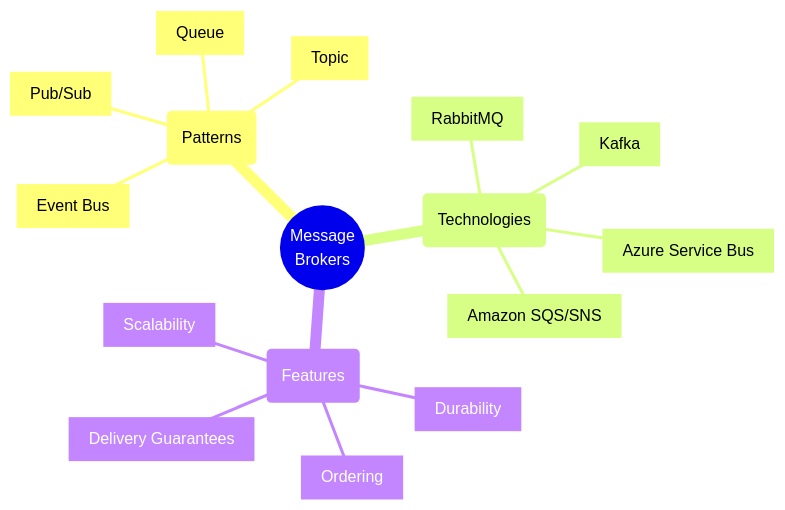
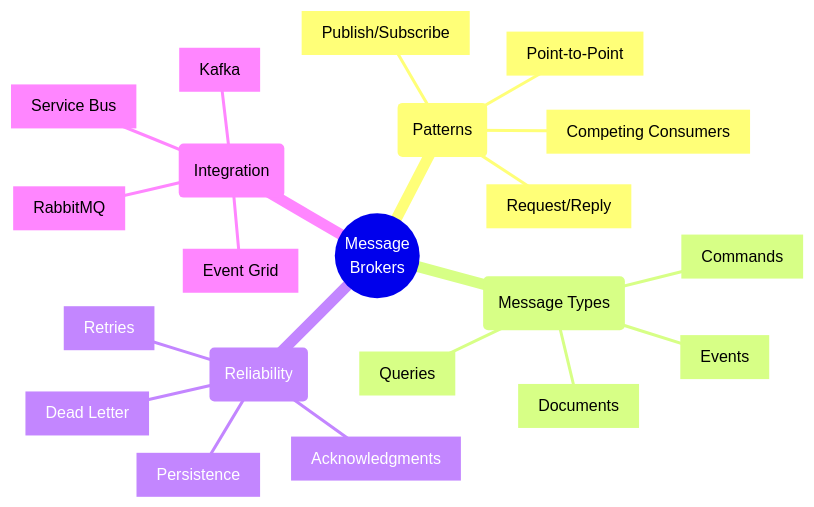
One commit to saravanakumarrc/Architecture_Journey changed the first of 4 diagrams in src/Message_Broker_Architectures.md. Above: the diagram before and after it, drawn with Mermaid. The commit also changed other lines of this file and 2 other files, not shown here.

Commit message:
Refactor documentation for Cloud & Infrastructure and Message Broker Architectures to include detailed links and enhance clarity on patterns and implementations.

````diff
--- a/src/Message_Broker_Architectures.md
+++ b/src/Message_Broker_Architectures.md
@@ -3,20 +3,25 @@
 ```mermaid
 mindmap
     root((Message
         Brokers))
         (Patterns)
-            [Pub/Sub]
-            [Queue]
-            [Topic]
-            [Event Bus]
-        (Technologies)
+            [Publish/Subscribe]
+            [Point-to-Point]
+            [Request/Reply]
+            [Competing Consumers]
+        (Message Types)
+            [Commands]
+            [Events]
+            [Documents]
+            [Queries]
+        (Reliability)
+            [Persistence]
+            [Acknowledgments]
+            [Dead Letter]
+            [Retries]
+        (Integration)
+            [Service Bus]
+            [Event Grid]
+            [RabbitMQ]
             [Kafka]
-            [RabbitMQ]
-            [Azure Service Bus]
-            [Amazon SQS/SNS]
-        (Features)
-            [Durability]
-            [Ordering]
-            [Scalability]
-            [Delivery Guarantees]
 ```
````
